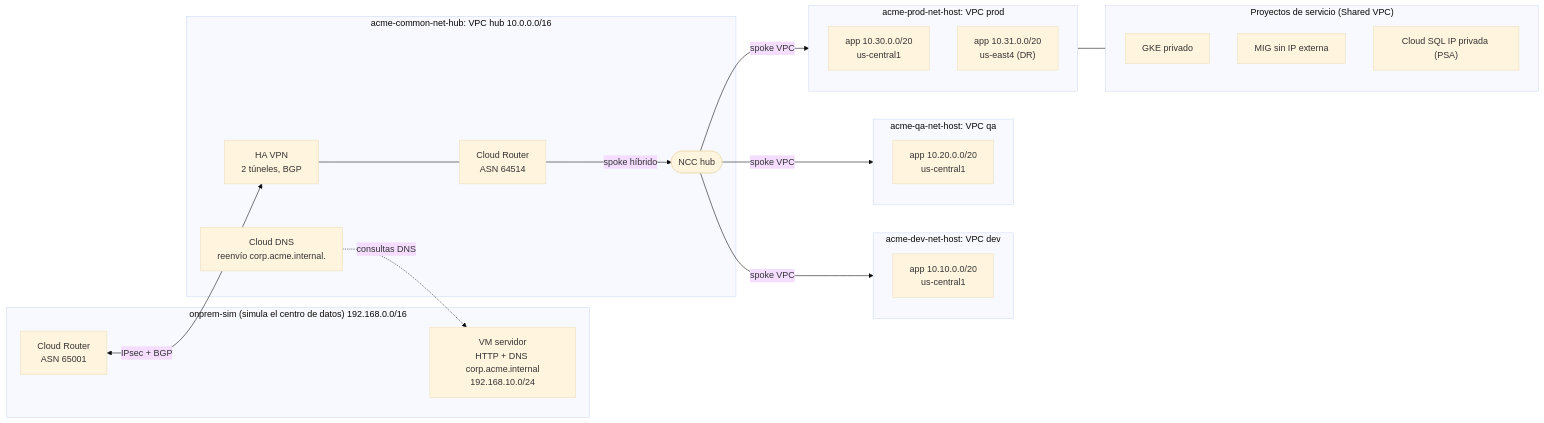
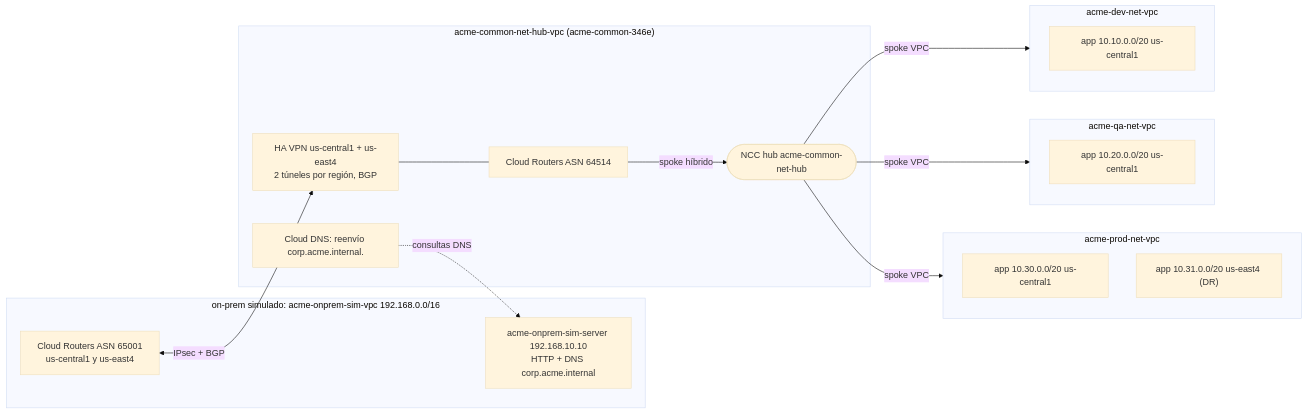
Before and after one commit to roccolpz/reto_banorte: the first of 2 diagrams in gcp-datacenter/docs/diagrams/arquitectura.md, drawn with Mermaid (base theme). The commit also changed other lines of this file and 24 other files, not shown here.

First line of the commit message:
docs: cierre del simulacro de DR, diagramas actualizados y retiro del legado test-orchestration/network-host

````diff
--- a/gcp-datacenter/docs/diagrams/arquitectura.md
+++ b/gcp-datacenter/docs/diagrams/arquitectura.md
@@ -3,40 +3,33 @@
 ```mermaid
 flowchart LR
-  subgraph onprem["onprem-sim (simula el centro de datos) 192.168.0.0/16"]
-    opvm["VM servidor<br/>HTTP + DNS corp.acme.internal<br/>192.168.10.0/24"]
-    oprouter["Cloud Router<br/>ASN 65001"]
+  subgraph onprem["on-prem simulado: acme-onprem-sim-vpc 192.168.0.0/16"]
+    opvm["acme-onprem-sim-server 192.168.10.10<br/>HTTP + DNS corp.acme.internal"]
+    oprouter["Cloud Routers ASN 65001<br/>us-central1 y us-east4"]
   end
 
-  subgraph hub["acme-common-net-hub: VPC hub 10.0.0.0/16"]
-    hubrouter["Cloud Router<br/>ASN 64514"]
-    havpn["HA VPN<br/>2 túneles, BGP"]
-    ncc(["NCC hub"])
-    dnsfwd["Cloud DNS<br/>reenvío corp.acme.internal."]
+  subgraph hub["acme-common-net-hub-vpc (acme-common-346e)"]
+    havpn["HA VPN us-central1 + us-east4<br/>2 túneles por región, BGP"]
+    hubrouter["Cloud Routers ASN 64514"]
+    ncc(["NCC hub acme-common-net-hub"])
+    dnsfwd["Cloud DNS: reenvío corp.acme.internal."]
   end
 
-  subgraph dev["acme-dev-net-host: VPC dev"]
-    devapp["app 10.10.0.0/20<br/>us-central1"]
+  subgraph dev["acme-dev-net-vpc"]
+    devapp["app 10.10.0.0/20 us-central1"]
   end
-  subgraph qa["acme-qa-net-host: VPC qa"]
-    qaapp["app 10.20.0.0/20<br/>us-central1"]
+  subgraph qa["acme-qa-net-vpc"]
+    qaapp["app 10.20.0.0/20 us-central1"]
   end
-  subgraph prod["acme-prod-net-host: VPC prod"]
-    prodc1["app 10.30.0.0/20<br/>us-central1"]
-    prode4["app 10.31.0.0/20<br/>us-east4 (DR)"]
+  subgraph prod["acme-prod-net-vpc"]
+    prodc1["app 10.30.0.0/20 us-central1"]
+    prode4["app 10.31.0.0/20 us-east4 (DR)"]
   end
 
   oprouter <-->|"IPsec + BGP"| havpn
   havpn --- hubrouter
   hubrouter -->|"spoke híbrido"| ncc
   ncc -->|"spoke VPC"| dev
   ncc -->|"spoke VPC"| qa
   ncc -->|"spoke VPC"| prod
   dnsfwd -.->|"consultas DNS"| opvm
-
-  subgraph svc["Proyectos de servicio (Shared VPC)"]
-    gke["GKE privado"]
-    mig["MIG sin IP externa"]
-    sql["Cloud SQL IP privada (PSA)"]
-  end
-  prod --- svc
 ```
````
